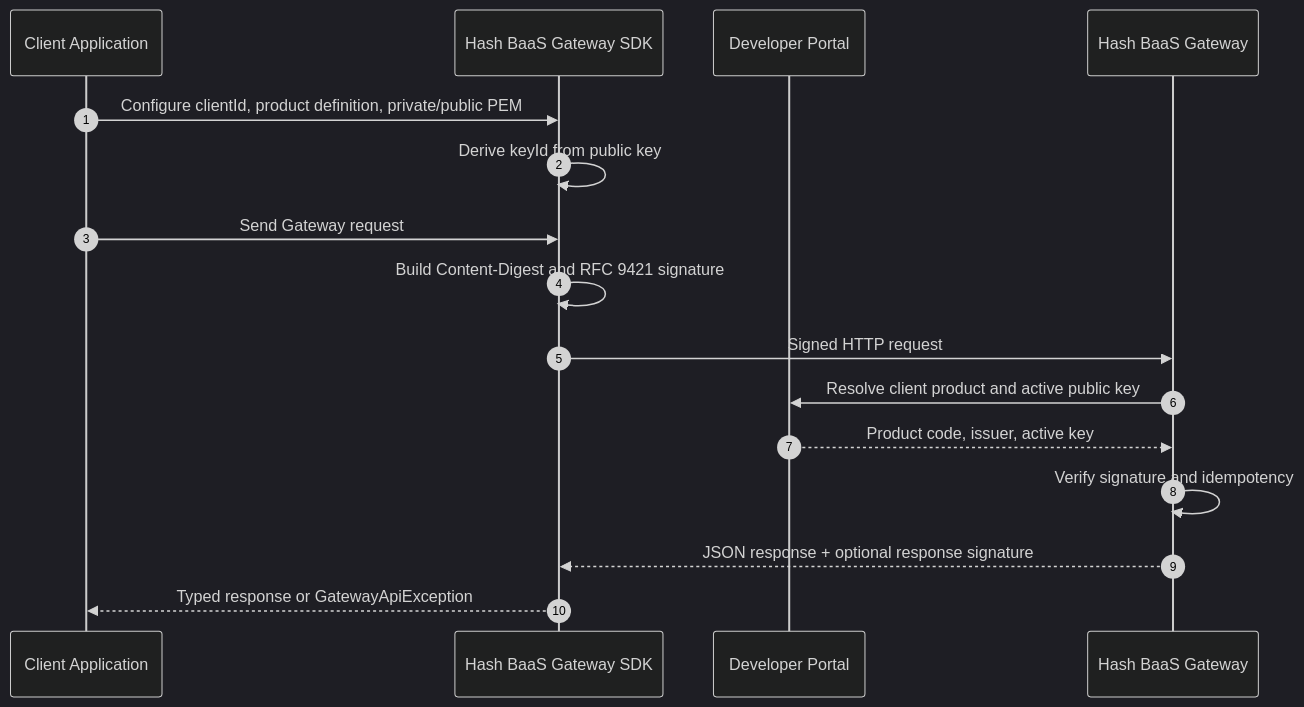
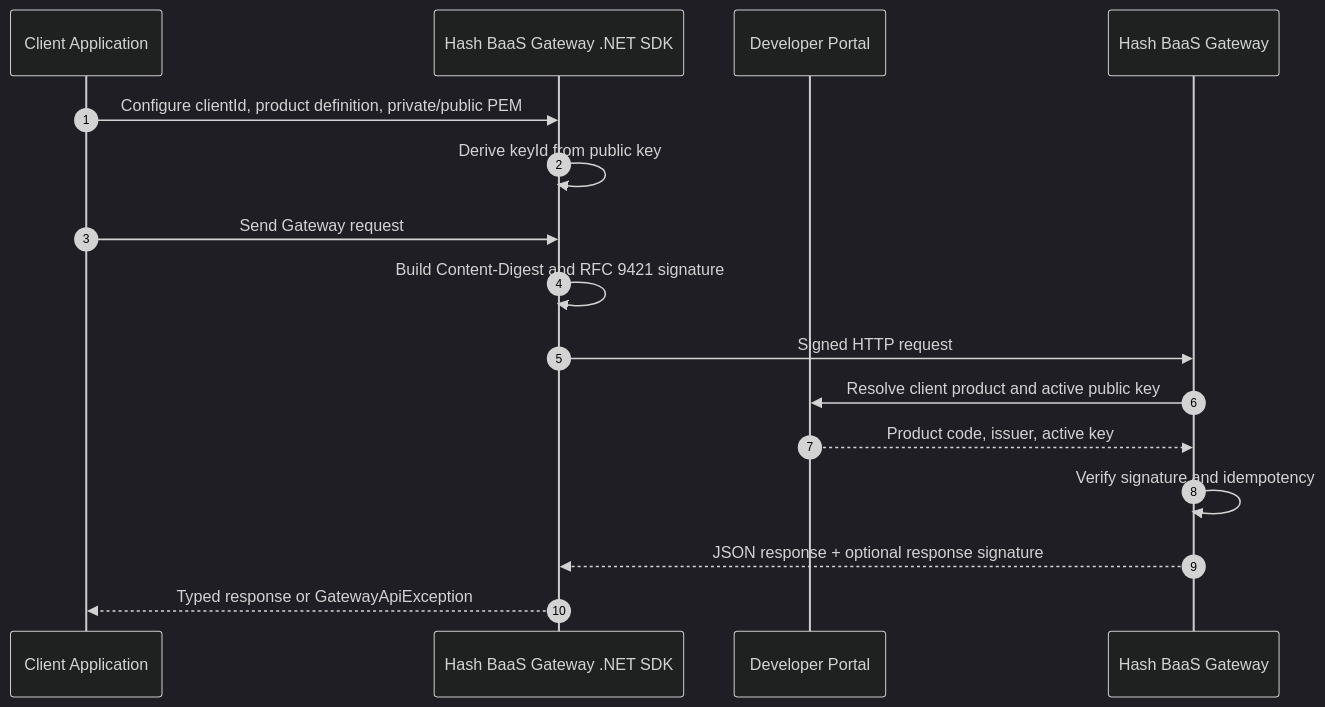
Before and after one commit to hash-bank/baas-gateway-dotnet-sdk: the diagram in README.md, drawn with Mermaid (dark theme). The commit also changed other lines of this file and 7 other files, not shown here.

Commit message:
Remove Java SDK and Keep Gateway SDK as .NET NuGet Package Only

````diff
--- a/README.md
+++ b/README.md
@@ -42,19 +39,19 @@
 ```mermaid
 sequenceDiagram
     autonumber
     participant App as Client Application
-    participant SDK as Hash BaaS Gateway SDK
+    participant SDK as Hash BaaS Gateway .NET SDK
     participant Portal as Developer Portal
     participant Gateway as Hash BaaS Gateway
 
     App->>SDK: Configure clientId, product definition, private/public PEM
     SDK->>SDK: Derive keyId from public key
     App->>SDK: Send Gateway request
     SDK->>SDK: Build Content-Digest and RFC 9421 signature
     SDK->>Gateway: Signed HTTP request
     Gateway->>Portal: Resolve client product and active public key
     Portal-->>Gateway: Product code, issuer, active key
     Gateway->>Gateway: Verify signature and idempotency
     Gateway-->>SDK: JSON response + optional response signature
     SDK-->>App: Typed response or GatewayApiException
 ```
````
